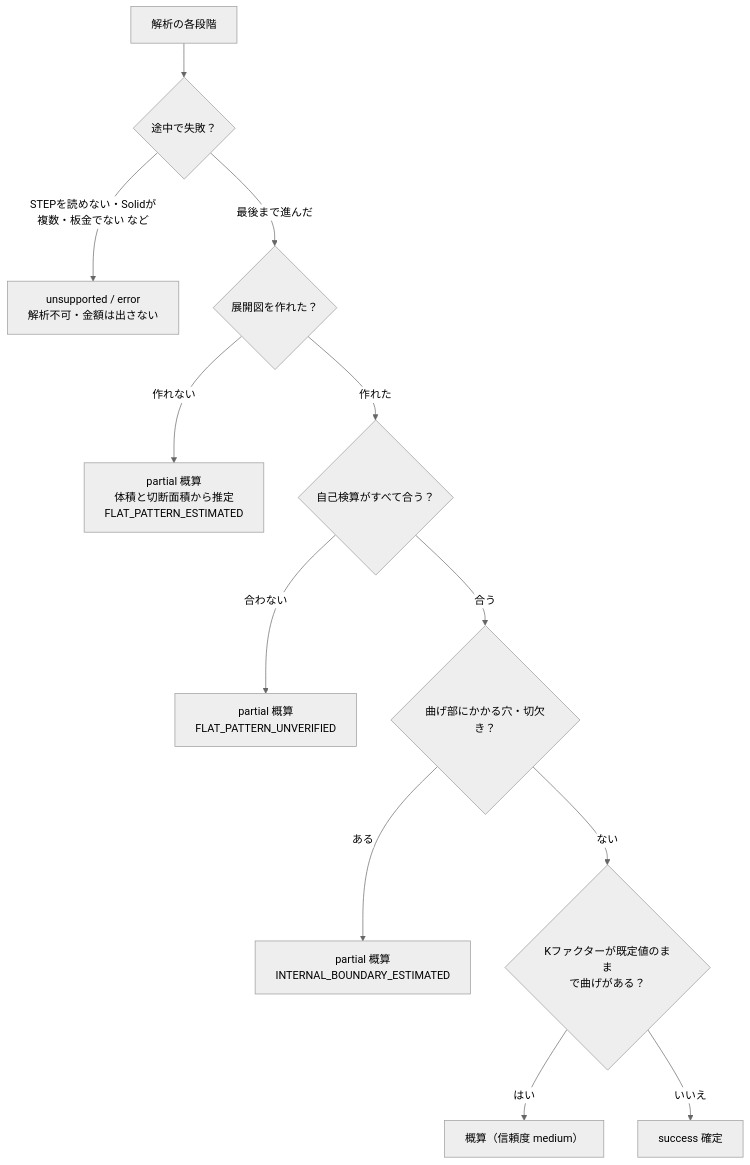
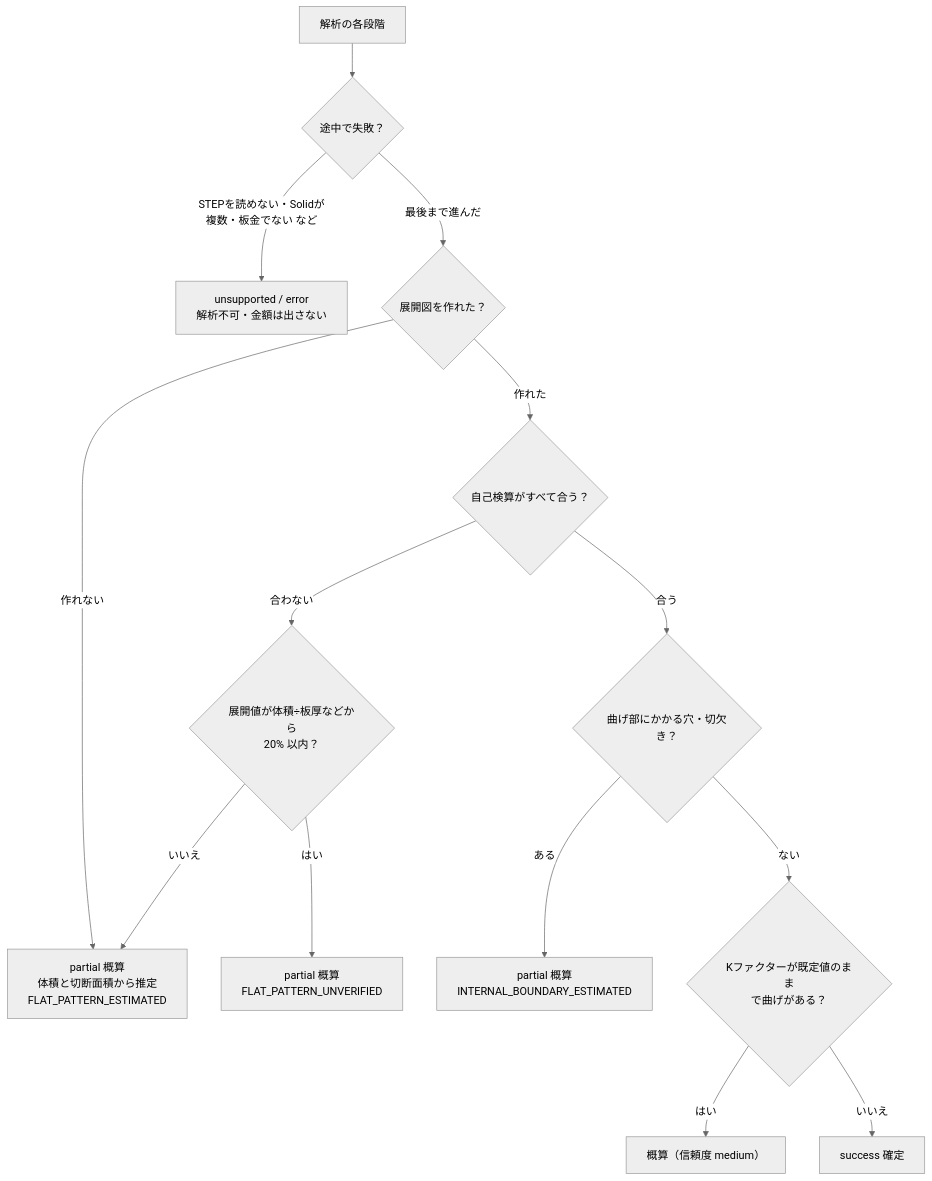
The fifth of 12 diagrams in docs/02_設計書.md (1975020t/step_analysis_for_automatic-estimate), drawn with Mermaid (neutral theme) before and after one commit. The commit also changed other lines of this file and 67 other files, not shown here.

````diff
--- a/docs/02_設計書.md
+++ b/docs/02_設計書.md
@@ -146,14 +146,16 @@
 ```mermaid 図 結果の状態の決め方
 flowchart TD
   a[解析の各段階] --> b{途中で失敗？}
   b -->|STEPを読めない・Solidが複数・板金でない など| U[unsupported / error<br/>解析不可・金額は出さない]
   b -->|最後まで進んだ| c{展開図を作れた？}
   c -->|作れない| E[partial 概算<br/>体積と切断面積から推定<br/>FLAT_PATTERN_ESTIMATED]
   c -->|作れた| d{自己検算がすべて合う？}
-  d -->|合わない| P1[partial 概算<br/>FLAT_PATTERN_UNVERIFIED]
+  d -->|合わない| g{展開値が体積÷板厚などから<br/>20% 以内？}
+  g -->|はい| P1[partial 概算<br/>FLAT_PATTERN_UNVERIFIED]
+  g -->|いいえ| E
   d -->|合う| e{曲げ部にかかる穴・切欠き？}
   e -->|ある| P2[partial 概算<br/>INTERNAL_BOUNDARY_ESTIMATED]
   e -->|ない| f{Kファクターが既定値のまま<br/>で曲げがある？}
   f -->|はい| P3[概算（信頼度 medium）]
   f -->|いいえ| S[success 確定]
 ```
````
